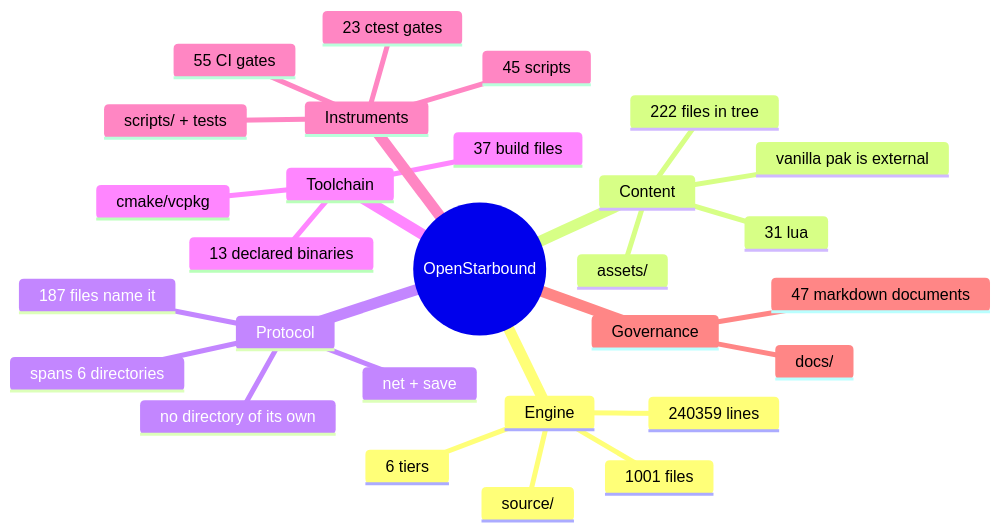
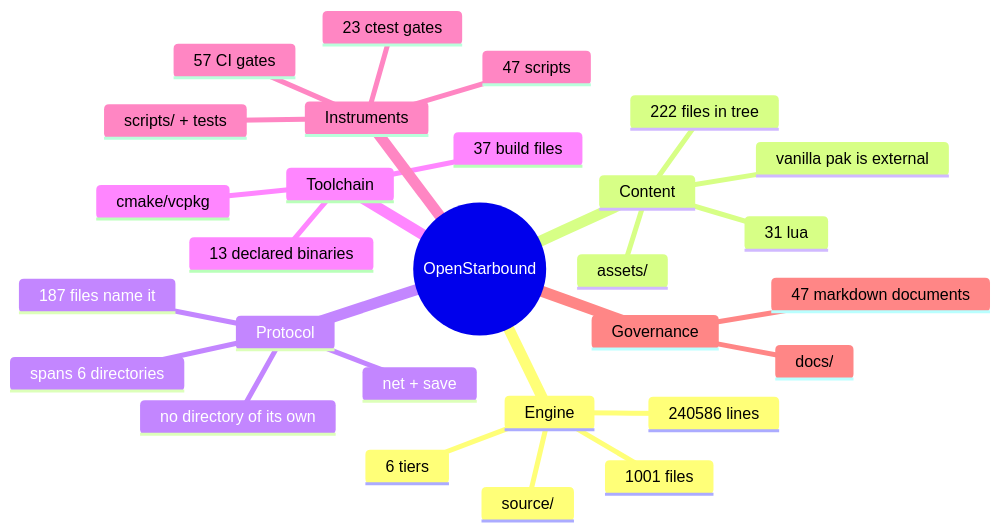
Before and after one commit to apnex/OpenStarbound: the second of 11 diagrams in docs/architecture/system-boundaries.md, drawn with Mermaid. The commit also changed other lines of this file and 1 other file, not shown here.

First line of the commit message:
OBS-JOIN: register both selftests as gates, and refresh the arch graph [#253]

````diff
--- a/docs/architecture/system-boundaries.md
+++ b/docs/architecture/system-boundaries.md
@@ -166,31 +166,31 @@
 ```mermaid
 mindmap
   root((OpenStarbound))
     Engine
       source/
       1001 files
-      240359 lines
+      240586 lines
       6 tiers
     Content
       assets/
       222 files in tree
       31 lua
       vanilla pak is external
     Protocol
       net + save
       187 files name it
       spans 6 directories
       no directory of its own
     Toolchain
       cmake/vcpkg
       37 build files
       13 declared binaries
     Instruments
       scripts/ + tests
-      45 scripts
+      47 scripts
       23 ctest gates
-      55 CI gates
+      57 CI gates
     Governance
       docs/
       47 markdown documents
 ```
````
